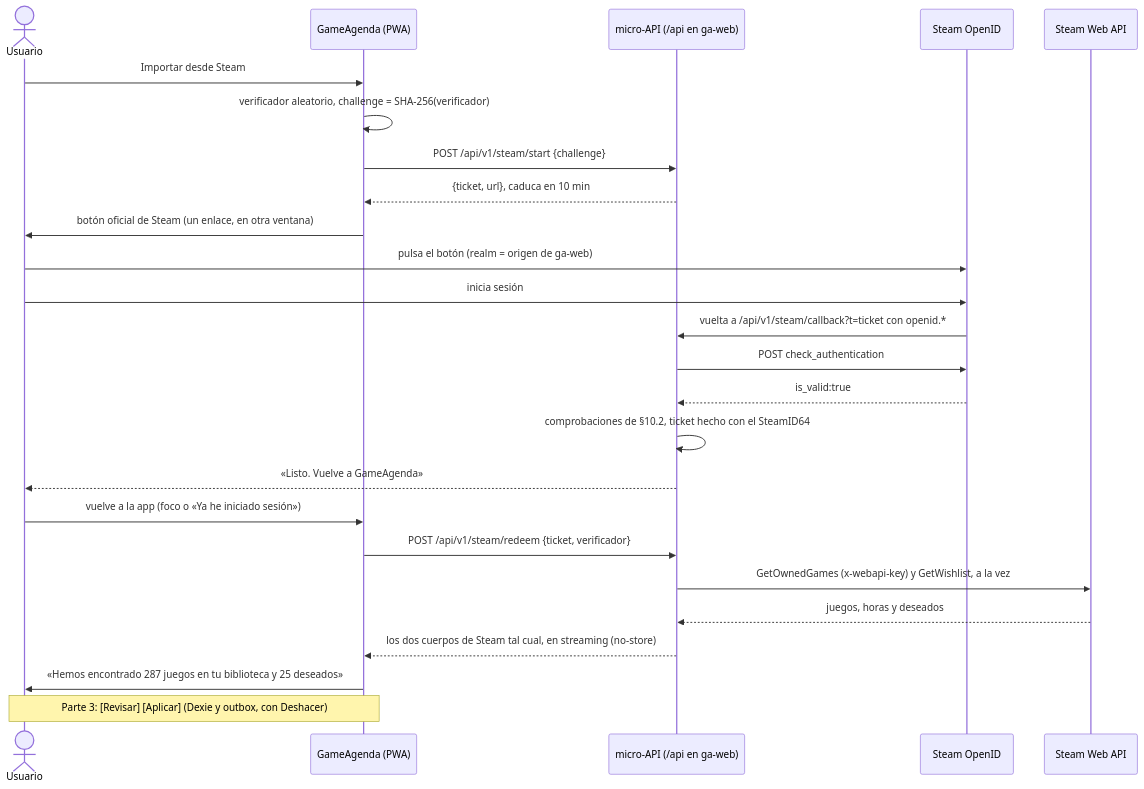
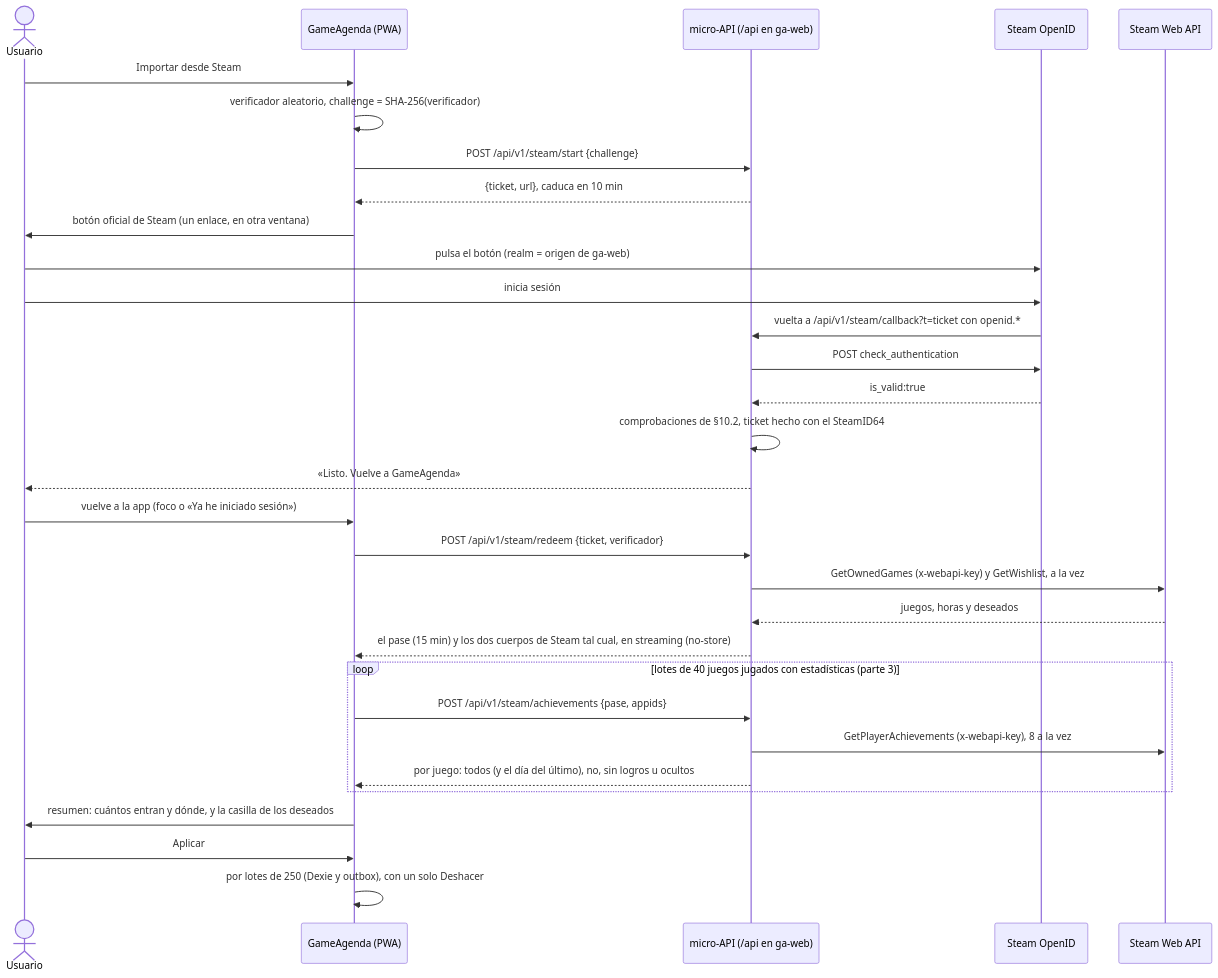
One commit to LucasPrezFdez/gameagenda changed the diagram in docs/planificacion/secciones/10-cuenta-steam.md. Above: the diagram before and after it, drawn with Mermaid. The commit also changed other lines of this file and 11 other files, not shown here.

First line of the commit message:
docs(steam): la parte 3, en el ADR-012, DECISIONES §10.50, el plan y la política (versión 3)

````diff
--- a/docs/planificacion/secciones/10-cuenta-steam.md
+++ b/docs/planificacion/secciones/10-cuenta-steam.md
@@ -52,27 +52,33 @@
 ```mermaid
 sequenceDiagram
   actor U as Usuario
   participant App as GameAgenda (PWA)
   participant API as micro-API (/api en ga-web)
   participant OID as Steam OpenID
   participant W as Steam Web API
   U->>App: Importar desde Steam
   App->>App: verificador aleatorio, challenge = SHA-256(verificador)
   App->>API: POST /api/v1/steam/start {challenge}
   API-->>App: {ticket, url}, caduca en 10 min
   App->>U: botón oficial de Steam (un enlace, en otra ventana)
   U->>OID: pulsa el botón (realm = origen de ga-web)
   U->>OID: inicia sesión
   OID->>API: vuelta a /api/v1/steam/callback?t=ticket con openid.*
   API->>OID: POST check_authentication
   OID-->>API: is_valid:true
   API->>API: comprobaciones de §10.2, ticket hecho con el SteamID64
   API-->>U: «Listo. Vuelve a GameAgenda»
   U->>App: vuelve a la app (foco o «Ya he iniciado sesión»)
   App->>API: POST /api/v1/steam/redeem {ticket, verificador}
   API->>W: GetOwnedGames (x-webapi-key) y GetWishlist, a la vez
   W-->>API: juegos, horas y deseados
-  API-->>App: los dos cuerpos de Steam tal cual, en streaming (no-store)
-  App->>U: «Hemos encontrado 287 juegos en tu biblioteca y 25 deseados»
-  Note over App,U: Parte 3: [Revisar] [Aplicar] (Dexie y outbox, con Deshacer)
+  API-->>App: el pase (15 min) y los dos cuerpos de Steam tal cual, en streaming (no-store)
+  loop lotes de 40 juegos jugados con estadísticas (parte 3)
+    App->>API: POST /api/v1/steam/achievements {pase, appids}
+    API->>W: GetPlayerAchievements (x-webapi-key), 8 a la vez
+    API-->>App: por juego: todos (y el día del último), no, sin logros u ocultos
+  end
+  App->>U: resumen: cuántos entran y dónde, y la casilla de los deseados
+  U->>App: Aplicar
+  App->>App: por lotes de 250 (Dexie y outbox), con un solo Deshacer
 ```
````
